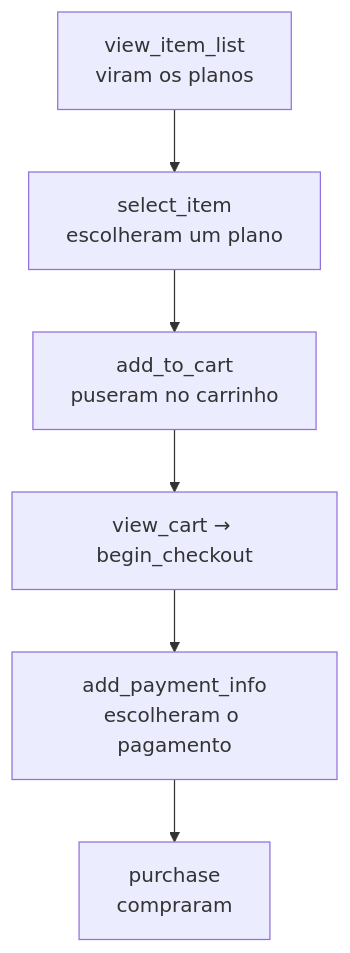
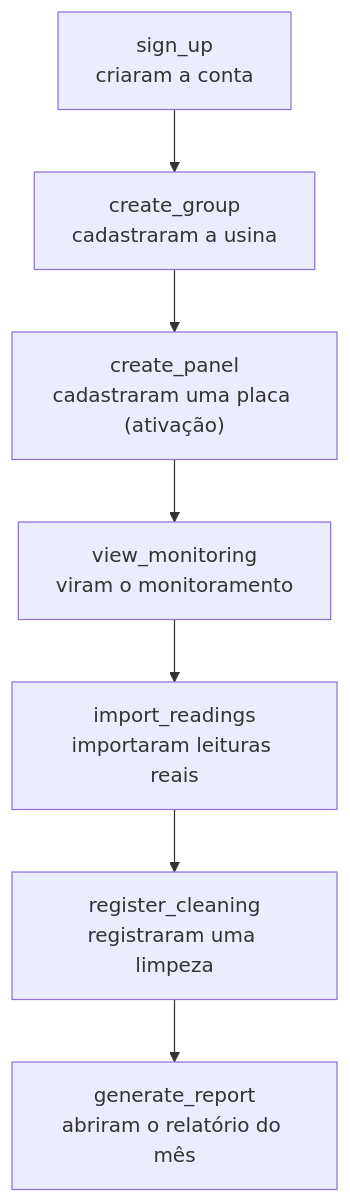
Before and after one commit to danieltanjos/SolarVision: the first of 2 diagrams in datalake/docs/ENUNCIADO.md, drawn with Mermaid. The commit also changed other lines of this file and 2 other files, not shown here.

````diff
--- a/datalake/docs/ENUNCIADO.md
+++ b/datalake/docs/ENUNCIADO.md
@@ -31,8 +18,9 @@
 ```mermaid
 flowchart TB
-    a["view_item_list<br/>viram os planos"] --> b["select_item<br/>escolheram um plano"]
-    b --> c["add_to_cart<br/>puseram no carrinho"]
-    c --> d["view_cart → begin_checkout"]
-    d --> e["add_payment_info<br/>escolheram o pagamento"]
-    e --> f["purchase<br/>compraram"]
+    a["sign_up<br/>criaram a conta"] --> b["create_group<br/>cadastraram a usina"]
+    b --> c["create_panel<br/>cadastraram uma placa (ativação)"]
+    c --> d["view_monitoring<br/>viram o monitoramento"]
+    d --> e["import_readings<br/>importaram leituras reais"]
+    e --> f["register_cleaning<br/>registraram uma limpeza"]
+    f --> g["generate_report<br/>abriram o relatório do mês"]
 ```
````
